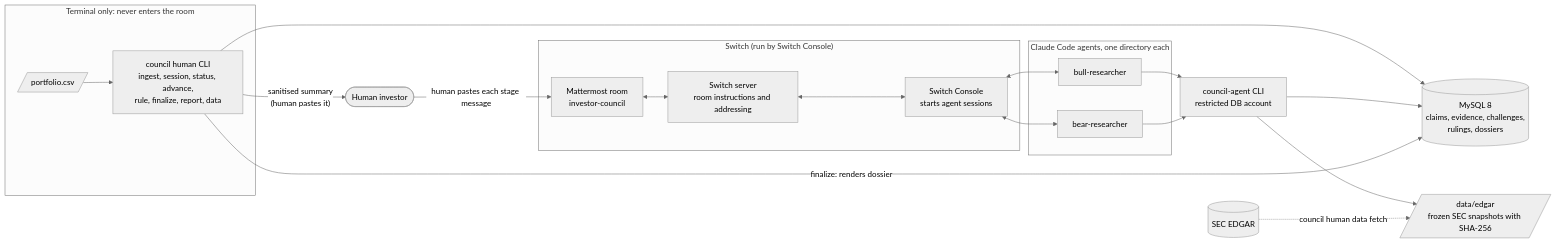
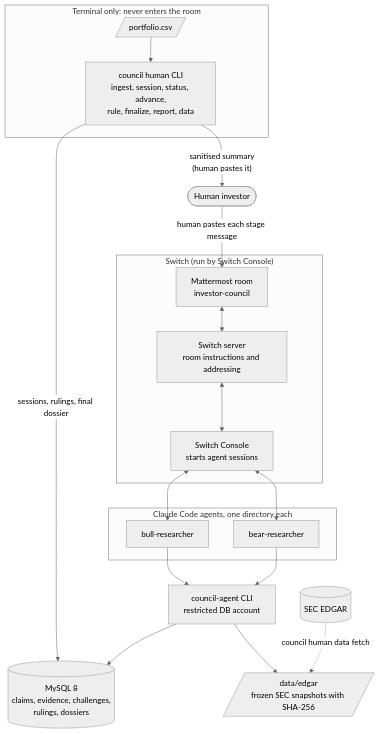
The diagram in docs/blog/i-built-an-ai-investment-council-with-switch.md (Krrish-agrawal/Investor-Council), drawn with Mermaid (neutral theme) before and after one commit. The commit also changed other lines of this file and 3 other files, not shown here.

First line of the commit message:
docs: final blog corrections, architecture diagram, README link

````diff
--- a/docs/blog/i-built-an-ai-investment-council-with-switch.md
+++ b/docs/blog/i-built-an-ai-investment-council-with-switch.md
@@ -39,39 +39,38 @@
 ```mermaid
-flowchart LR
+flowchart TB
   H(["Human investor"])
 
   subgraph LOCAL["Terminal only: never enters the room"]
     CSV[/"portfolio.csv"/]
     HCLI["council human CLI<br/>ingest, session, status, advance,<br/>rule, finalize, report, data"]
   end
 
   subgraph SW["Switch (run by Switch Console)"]
     MM["Mattermost room<br/>investor-council"]
     CORE["Switch server<br/>room instructions and addressing"]
     CON["Switch Console<br/>starts agent sessions"]
   end
 
   subgraph AG["Claude Code agents, one directory each"]
     B["bull-researcher"]
     R["bear-researcher"]
   end
 
   ACLI["council-agent CLI<br/>restricted DB account"]
   DB[("MySQL 8<br/>claims, evidence, challenges,<br/>rulings, dossiers")]
   SNAP[/"data/edgar<br/>frozen SEC snapshots with SHA-256"/]
   SEC[("SEC EDGAR")]
 
   CSV --> HCLI
-  HCLI --> DB
+  HCLI -- "sessions, rulings, final dossier" --> DB
   HCLI -- "sanitised summary<br/>(human pastes it)" --> H
   H -- "human pastes each stage message" --> MM
   MM <--> CORE <--> CON
   CON <--> B
   CON <--> R
   B --> ACLI
   R --> ACLI
   ACLI --> DB
   ACLI --> SNAP
   SEC -. "council human data fetch" .-> SNAP
-  HCLI -- "finalize: renders dossier" --> DB
 ```
````
